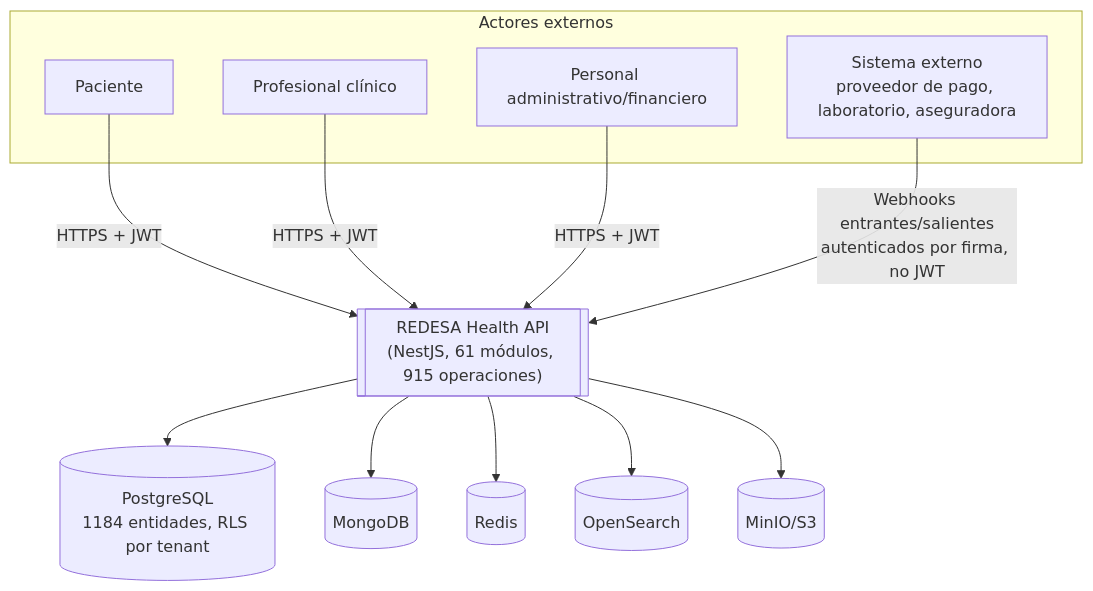
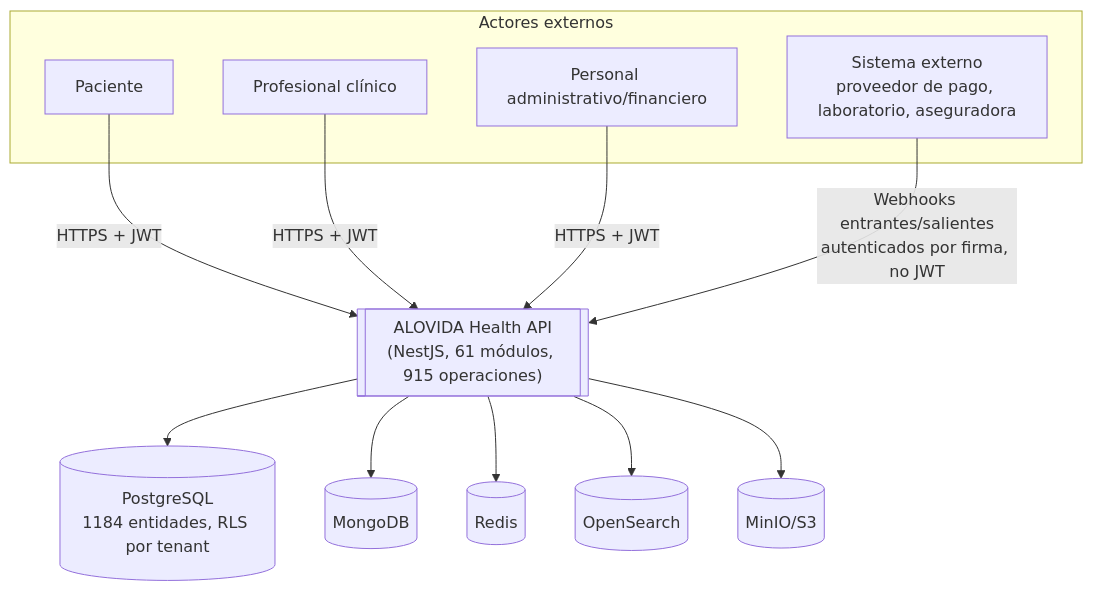
Before and after one commit to mdavila-2001/mantra-core-health-api: the diagram in docs/architecture/system-context.md, drawn with Mermaid. The commit also changed 143 other files, not shown here.

First line of the commit message:
refactor(marca): fuera REDESA y VITARA — el nombre es ALOVIDA

````diff
--- a/docs/architecture/system-context.md
+++ b/docs/architecture/system-context.md
@@ -5,22 +5,22 @@
 ```mermaid
 flowchart TB
   subgraph Actores externos
     Patient[Paciente]
     Clinician[Profesional clínico]
     Admin[Personal administrativo/financiero]
     Partner[Sistema externo<br/>proveedor de pago, laboratorio, aseguradora]
   end
 
-  API[["REDESA Health API<br/>(NestJS, 61 módulos, 915 operaciones)"]]
+  API[["ALOVIDA Health API<br/>(NestJS, 61 módulos, 915 operaciones)"]]
 
   Patient -->|HTTPS + JWT| API
   Clinician -->|HTTPS + JWT| API
   Admin -->|HTTPS + JWT| API
   Partner -->|Webhooks entrantes/salientes<br/>autenticados por firma, no JWT| API
 
   API --> PG[(PostgreSQL<br/>1184 entidades, RLS por tenant)]
   API --> Mongo[(MongoDB)]
   API --> Redis[(Redis)]
   API --> OS[(OpenSearch)]
   API --> MinIO[(MinIO/S3)]
 ```
````
